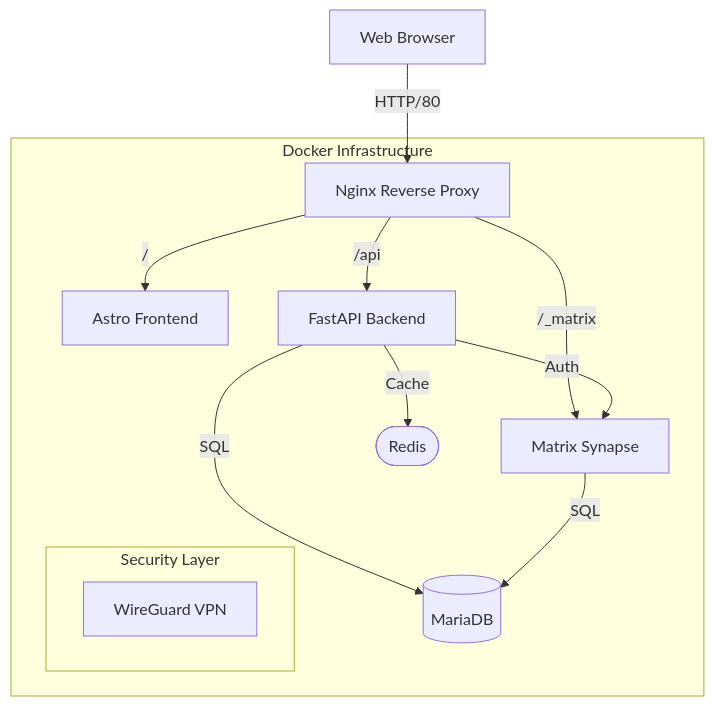
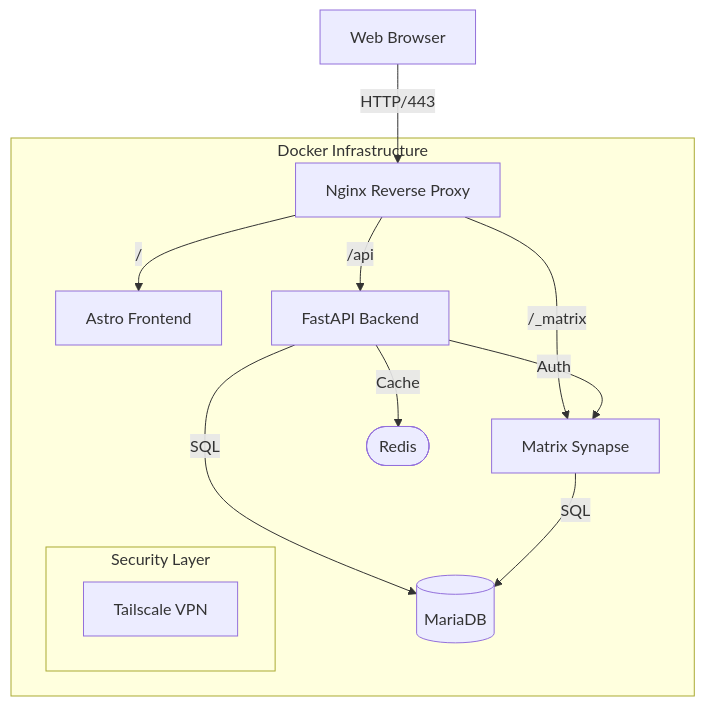
Before and after one commit to notpepejulian/SecChat: the diagram in README.md, drawn with Mermaid. The commit also changed other lines of this file, not shown here.

````diff
--- a/README.md
+++ b/README.md
@@ -23,20 +23,20 @@
 ```mermaid
 graph TD
-    Client[Web Browser] -->|HTTP/80| Nginx[Nginx Reverse Proxy]
+    Client[Web Browser] -->|HTTP/443| Nginx[Nginx Reverse Proxy]
     
     subgraph "Docker Infrastructure"
         Nginx -->|/| Frontend[Astro Frontend]
         Nginx -->|/api| Backend[FastAPI Backend]
         Nginx -->|/_matrix| Synapse[Matrix Synapse]
         
         Backend -->|SQL| MariaDB[(MariaDB)]
         Backend -->|Auth| Synapse
         Backend -->|Cache| Redis([Redis])
         
         Synapse -->|SQL| MariaDB
         
         subgraph "Security Layer"
-            VPN[WireGuard VPN]
+            VPN[Tailscale VPN]
         end
     end
 ```
````
